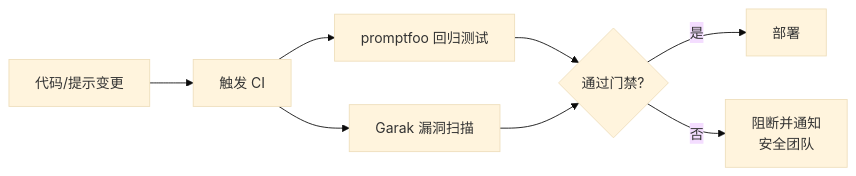
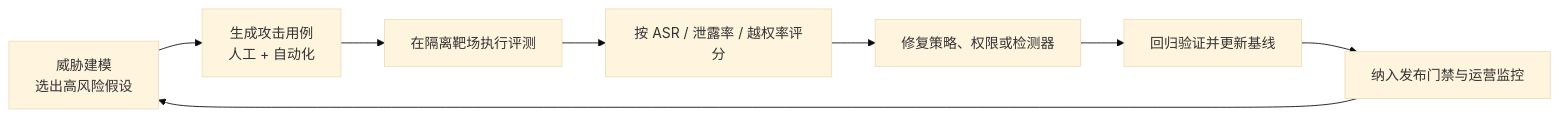
One commit to yeasy/ai_security_guide changed the third of 3 diagrams in 10_operations/10.4_red_teaming.md. Above: the diagram before and after it, drawn with Mermaid (base theme). The commit also changed other lines of this file and 7 other files, not shown here.

Commit message:
Add high-priority diagrams

````diff
--- a/10_operations/10.4_red_teaming.md
+++ b/10_operations/10.4_red_teaming.md
@@ -242,10 +277,10 @@
 ```mermaid
 flowchart LR
-    A["代码/提示变更"] --> B["触发 CI"]
-    B --> C["promptfoo 回归测试"]
-    B --> D["Garak 漏洞扫描"]
-    C --> E{通过门禁?}
-    D --> E
-    E --> |是| F["部署"]
-    E --> |否| G["阻断并通知<br/>安全团队"]
+    A["威胁建模<br/>选出高风险假设"] --> B["生成攻击用例<br/>人工 + 自动化"]
+    B --> C["在隔离靶场执行评测"]
+    C --> D["按 ASR / 泄露率 / 越权率评分"]
+    D --> E["修复策略、权限或检测器"]
+    E --> F["回归验证并更新基线"]
+    F --> G["纳入发布门禁与运营监控"]
+    G --> A
 ```
````
